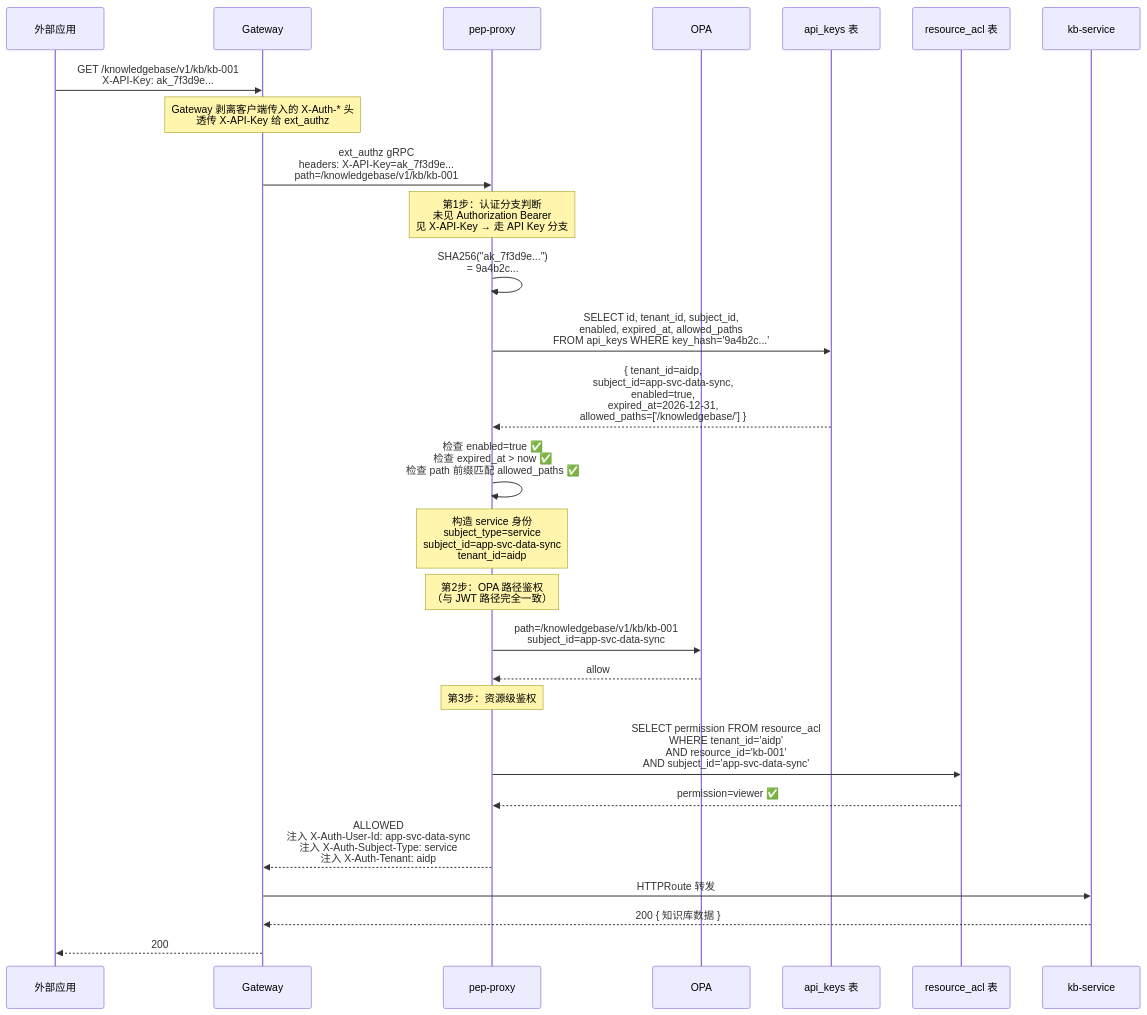
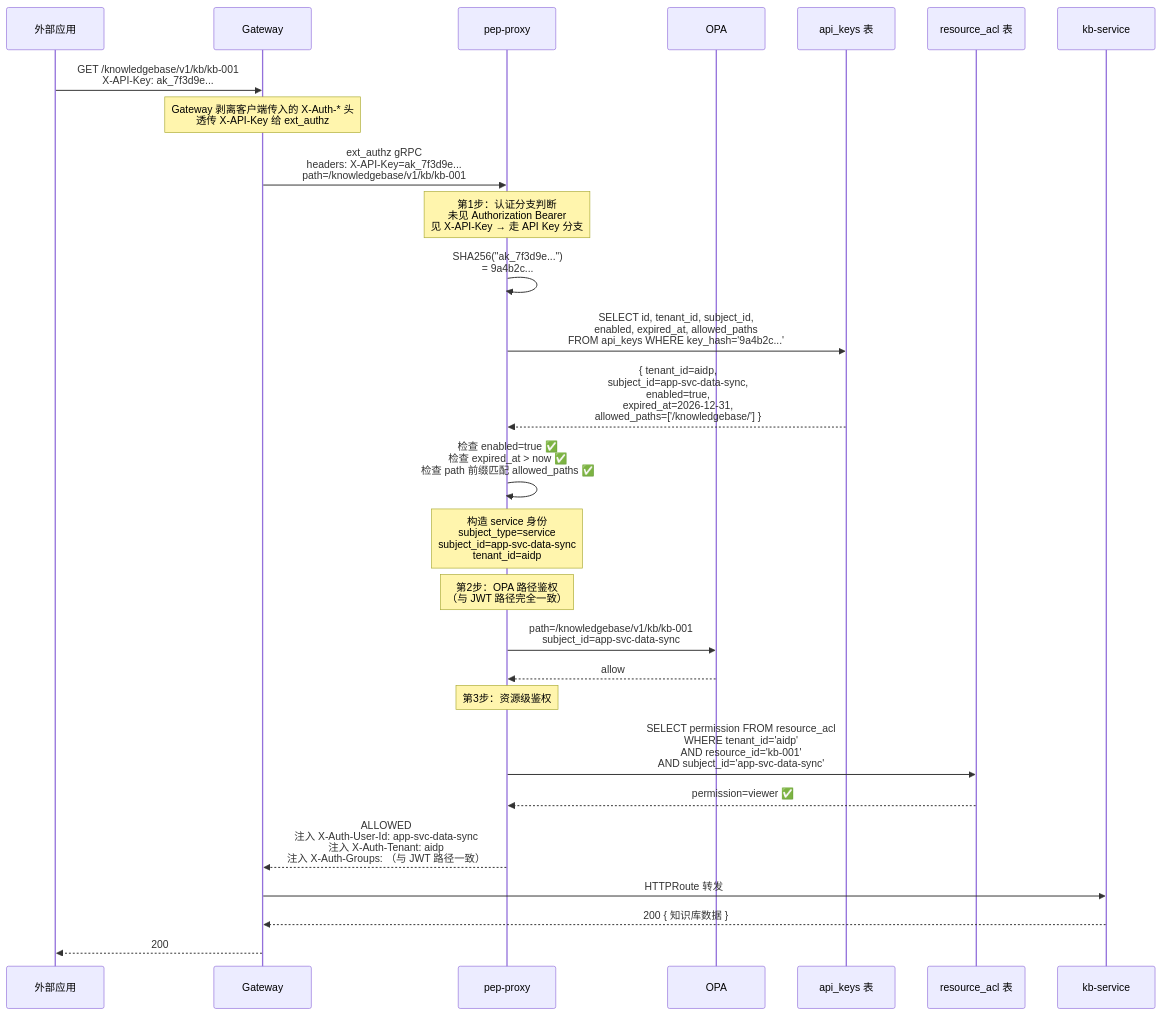
One commit to xiewanchao/aidp-iam changed the eighth of 18 diagrams in diagrams/request-flow.md. Above: the diagram before and after it, drawn with Mermaid. The commit also changed 3 other files, not shown here.

First line of the commit message:
docs: remove X-Auth-Subject-Type from docs (header not implemented)

````diff
--- a/diagrams/request-flow.md
+++ b/diagrams/request-flow.md
@@ -299,39 +299,39 @@
 ```mermaid
 sequenceDiagram
     participant APP as 外部应用
     participant GW as Gateway
     participant PEP as pep-proxy
     participant OPA as OPA
     participant AK as api_keys 表
     participant DB as resource_acl 表
     participant KB as kb-service
 
     APP->>GW: GET /knowledgebase/v1/kb/kb-001<br/>X-API-Key: ak_7f3d9e...
 
     Note over GW: Gateway 剥离客户端传入的 X-Auth-* 头<br/>透传 X-API-Key 给 ext_authz
     GW->>PEP: ext_authz gRPC<br/>headers: X-API-Key=ak_7f3d9e...<br/>path=/knowledgebase/v1/kb/kb-001
 
     Note over PEP: 第1步：认证分支判断<br/>未见 Authorization Bearer<br/>见 X-API-Key → 走 API Key 分支
 
     PEP->>PEP: SHA256("ak_7f3d9e...")<br/>= 9a4b2c...
     PEP->>AK: SELECT id, tenant_id, subject_id,<br/>enabled, expired_at, allowed_paths<br/>FROM api_keys WHERE key_hash='9a4b2c...'
     AK-->>PEP: { tenant_id=aidp,<br/>subject_id=app-svc-data-sync,<br/>enabled=true,<br/>expired_at=2026-12-31,<br/>allowed_paths=['/knowledgebase/'] }
 
     PEP->>PEP: 检查 enabled=true ✅<br/>检查 expired_at > now ✅<br/>检查 path 前缀匹配 allowed_paths ✅
 
     Note over PEP: 构造 service 身份<br/>subject_type=service<br/>subject_id=app-svc-data-sync<br/>tenant_id=aidp
 
     Note over PEP: 第2步：OPA 路径鉴权<br/>（与 JWT 路径完全一致）
     PEP->>OPA: path=/knowledgebase/v1/kb/kb-001<br/>subject_id=app-svc-data-sync
     OPA-->>PEP: allow
 
     Note over PEP: 第3步：资源级鉴权
     PEP->>DB: SELECT permission FROM resource_acl<br/>WHERE tenant_id='aidp'<br/>AND resource_id='kb-001'<br/>AND subject_id='app-svc-data-sync'
     DB-->>PEP: permission=viewer ✅
 
-    PEP-->>GW: ALLOWED<br/>注入 X-Auth-User-Id: app-svc-data-sync<br/>注入 X-Auth-Subject-Type: service<br/>注入 X-Auth-Tenant: aidp
+    PEP-->>GW: ALLOWED<br/>注入 X-Auth-User-Id: app-svc-data-sync<br/>注入 X-Auth-Tenant: aidp<br/>注入 X-Auth-Groups: （与 JWT 路径一致）
 
     GW->>KB: HTTPRoute 转发
     KB-->>GW: 200 { 知识库数据 }
     GW-->>APP: 200
 ```
````
